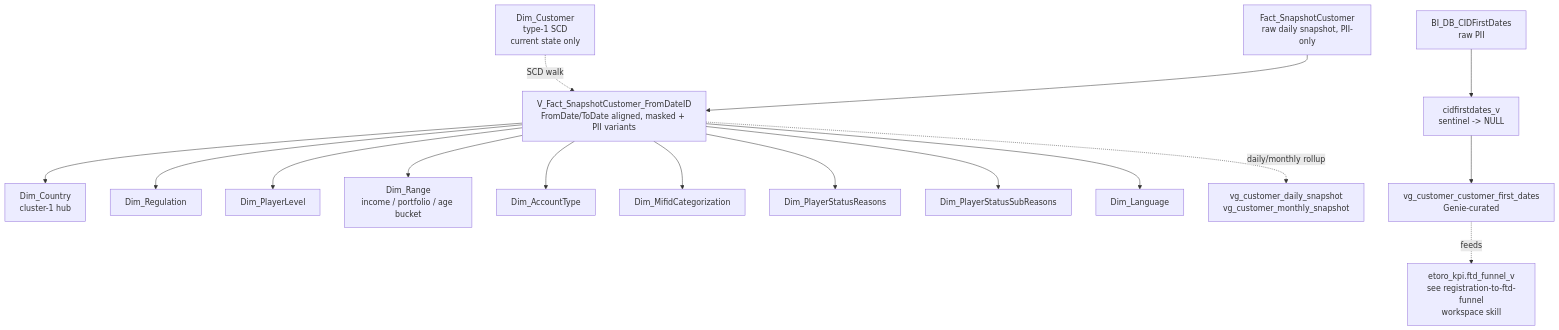
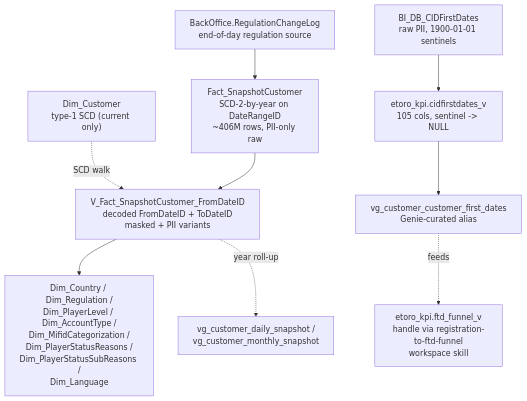
Before and after one commit to guyman-tr/Databricks_Knowledge: the diagram in knowledge/skills/domain-customer-and-identity/identity-jurisdiction-and-regulation.md, drawn with Mermaid. The commit also changed other lines of this file, not shown here.

First line of the commit message:
﻿domain-customer-and-identity/customer-master-record v1 -> v2: SpecKit rebuild

````diff
--- a/knowledge/skills/domain-customer-and-identity/identity-jurisdiction-and-regulation.md
+++ b/knowledge/skills/domain-customer-and-identity/identity-jurisdiction-and-regulation.md
@@ -83,35 +128,19 @@
 ```mermaid
 graph TB
-    Dim["Dim_Customer<br/>type-1 SCD<br/>current state only"]
-    SnapRaw["Fact_SnapshotCustomer<br/>raw daily snapshot, PII-only"]
-    SnapView["V_Fact_SnapshotCustomer_FromDateID<br/>FromDate/ToDate aligned, masked + PII variants"]
-    Country["Dim_Country<br/>cluster-1 hub"]
-    Reg["Dim_Regulation"]
-    PLevel["Dim_PlayerLevel"]
-    Range["Dim_Range<br/>income / portfolio / age bucket"]
-    AT["Dim_AccountType"]
-    Mif["Dim_MifidCategorization"]
-    PSR["Dim_PlayerStatusReasons"]
-    PSSR["Dim_PlayerStatusSubReasons"]
-    Lang["Dim_Language"]
+    Dim["Dim_Customer<br/>type-1 SCD (current only)"]
+    SnapRaw["Fact_SnapshotCustomer<br/>SCD-2-by-year on DateRangeID<br/>~406M rows, PII-only raw"]
+    SnapView["V_Fact_SnapshotCustomer_FromDateID<br/>decoded FromDateID + ToDateID<br/>masked + PII variants"]
+    RCL["BackOffice.RegulationChangeLog<br/>end-of-day regulation source"]
+    Dims["Dim_Country / Dim_Regulation /<br/>Dim_PlayerLevel / Dim_AccountType /<br/>Dim_MifidCategorization /<br/>Dim_PlayerStatusReasons /<br/>Dim_PlayerStatusSubReasons /<br/>Dim_Language"]
 
     Dim -.SCD walk.-> SnapView
     SnapRaw --> SnapView
+    RCL --> SnapRaw
+    SnapView --> Dims
 
-    SnapView --> Country
-    SnapView --> Reg
-    SnapView --> PLevel
-    SnapView --> Range
-    SnapView --> AT
-    SnapView --> Mif
-    SnapView --> PSR
-    SnapView --> PSSR
-    SnapView --> Lang
+    FD["BI_DB_CIDFirstDates<br/>raw PII, 1900-01-01 sentinels"] --> FDView["etoro_kpi.cidfirstdates_v<br/>105 cols, sentinel -> NULL"]
+    FDView --> VG["vg_customer_customer_first_dates<br/>Genie-curated alias"]
 
-    FD["BI_DB_CIDFirstDates<br/>raw PII"] --> FDView["cidfirstdates_v<br/>sentinel -> NULL"]
-    FDView --> VG["vg_customer_customer_first_dates<br/>Genie-curated"]
-
-    VG -.feeds.-> FTDFunnel["etoro_kpi.ftd_funnel_v<br/>see registration-to-ftd-funnel<br/>workspace skill"]
-
-    SnapView -.daily/monthly rollup.-> VgDaily["vg_customer_daily_snapshot<br/>vg_customer_monthly_snapshot"]
+    VG -.feeds.-> FTDFunnel["etoro_kpi.ftd_funnel_v<br/>handle via registration-to-ftd-funnel<br/>workspace skill"]
+    SnapView -.year roll-up.-> VgDaily["vg_customer_daily_snapshot /<br/>vg_customer_monthly_snapshot"]
 ```
````
